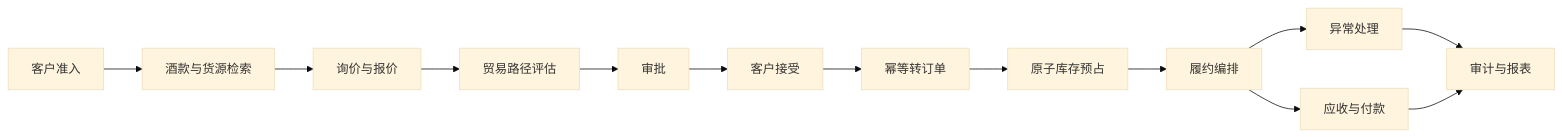
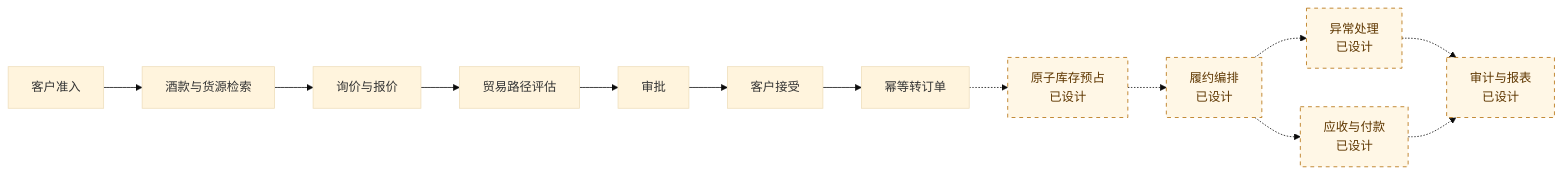
The third of 3 diagrams in README.md (RomanticHW/cellarbridge-platform), drawn with Mermaid (base theme) before and after one commit. The commit also changed other lines of this file and 20 other files, not shown here.

````diff
--- a/README.md
+++ b/README.md
@@ -270,15 +281,18 @@
 ```mermaid
 flowchart LR
     A[客户准入] --> B[酒款与货源检索]
     B --> C[询价与报价]
     C --> D[贸易路径评估]
     D --> E[审批]
     E --> F[客户接受]
     F --> G[幂等转订单]
-    G --> H[原子库存预占]
-    H --> I[履约编排]
-    I --> J[异常处理]
-    I --> K[应收与付款]
-    J --> L[审计与报表]
-    K --> L
+    G -.-> H[原子库存预占<br/>已设计]
+    H -.-> I[履约编排<br/>已设计]
+    I -.-> J[异常处理<br/>已设计]
+    I -.-> K[应收与付款<br/>已设计]
+    J -.-> L[审计与报表<br/>已设计]
+    K -.-> L
+
+    classDef planned fill:#fff7e6,stroke:#b26a00,color:#5f3700,stroke-dasharray:5 5;
+    class H,I,J,K,L planned;
 ```
````
